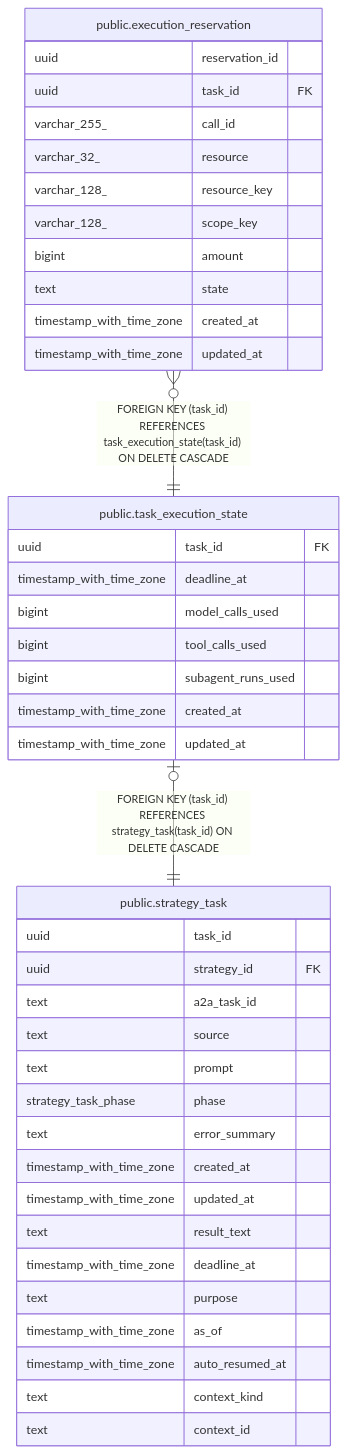
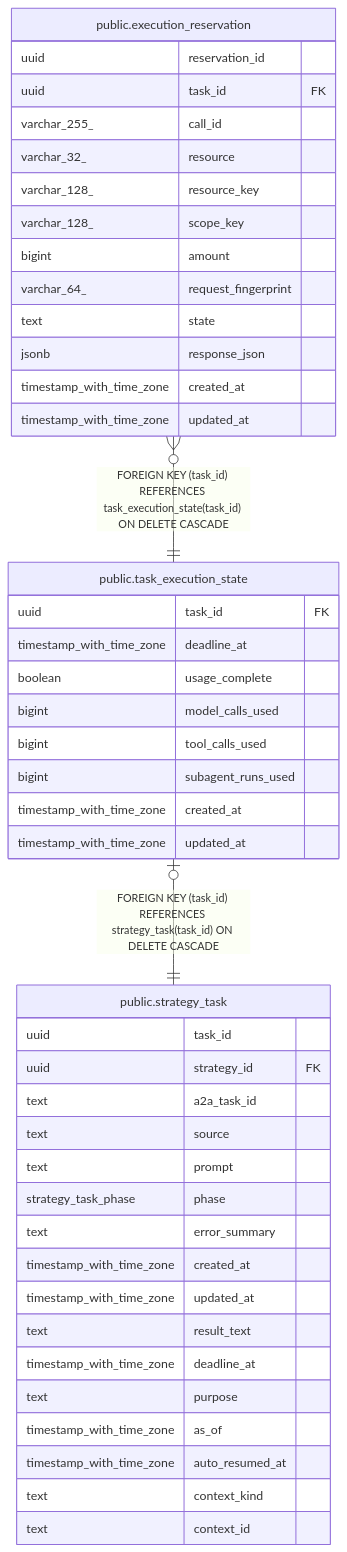
The diagram in backend/docs/db/public.task_execution_state.md (fohte/t-rader), drawn with Mermaid before and after one commit. The commit also changed other lines of this file and 45 other files, not shown here.

````diff
--- a/backend/docs/db/public.task_execution_state.md
+++ b/backend/docs/db/public.task_execution_state.md
@@ -44,46 +46,49 @@
 ```mermaid
 erDiagram
 
 "public.task_execution_state" |o--|| "public.strategy_task" : "FOREIGN KEY (task_id) REFERENCES strategy_task(task_id) ON DELETE CASCADE"
 "public.execution_reservation" }o--|| "public.task_execution_state" : "FOREIGN KEY (task_id) REFERENCES task_execution_state(task_id) ON DELETE CASCADE"
 
 "public.task_execution_state" {
   uuid task_id FK
   timestamp_with_time_zone deadline_at
+  boolean usage_complete
   bigint model_calls_used
   bigint tool_calls_used
   bigint subagent_runs_used
   timestamp_with_time_zone created_at
   timestamp_with_time_zone updated_at
 }
 "public.strategy_task" {
   uuid task_id
   uuid strategy_id FK
   text a2a_task_id
   text source
   text prompt
   strategy_task_phase phase
   text error_summary
   timestamp_with_time_zone created_at
   timestamp_with_time_zone updated_at
   text result_text
   timestamp_with_time_zone deadline_at
   text purpose
   timestamp_with_time_zone as_of
   timestamp_with_time_zone auto_resumed_at
   text context_kind
   text context_id
 }
 "public.execution_reservation" {
   uuid reservation_id
   uuid task_id FK
   varchar_255_ call_id
   varchar_32_ resource
   varchar_128_ resource_key
   varchar_128_ scope_key
   bigint amount
+  varchar_64_ request_fingerprint
   text state
+  jsonb response_json
   timestamp_with_time_zone created_at
   timestamp_with_time_zone updated_at
 }
 ```
````
